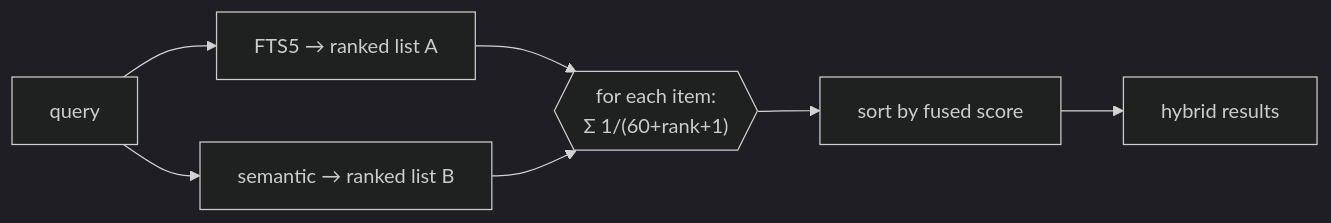
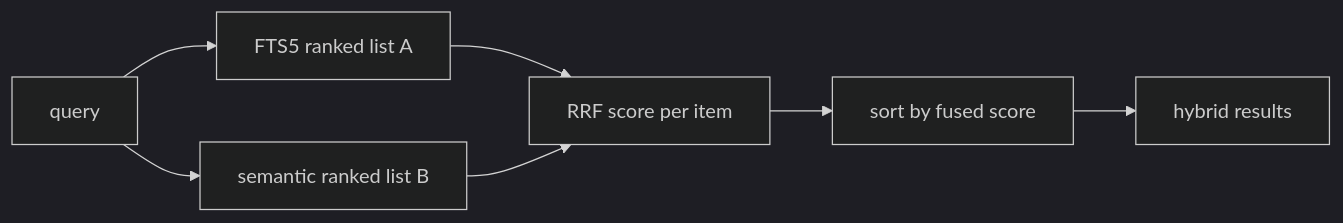
Before and after one commit to zhaohb/deskmate: the third of 3 diagrams in docs/06-search.md, drawn with Mermaid (dark theme). The commit also changed other lines of this file and 2 other files, not shown here.

````diff
--- a/docs/06-search.md
+++ b/docs/06-search.md
@@ -148,9 +140,9 @@
 ```mermaid
 flowchart LR
-    Q["query"] --> KW["FTS5 → ranked list A"]
-    Q --> SE["semantic → ranked list B"]
-    KW --> F{{"for each item:<br/>Σ 1/(60+rank+1)"}}
+   Q["query"] --> KW["FTS5 ranked list A"]
+   Q --> SE["semantic ranked list B"]
+   KW --> F["RRF score per item"]
     SE --> F
     F --> SORT["sort by fused score"]
     SORT --> OUT["hybrid results"]
 ```
````
